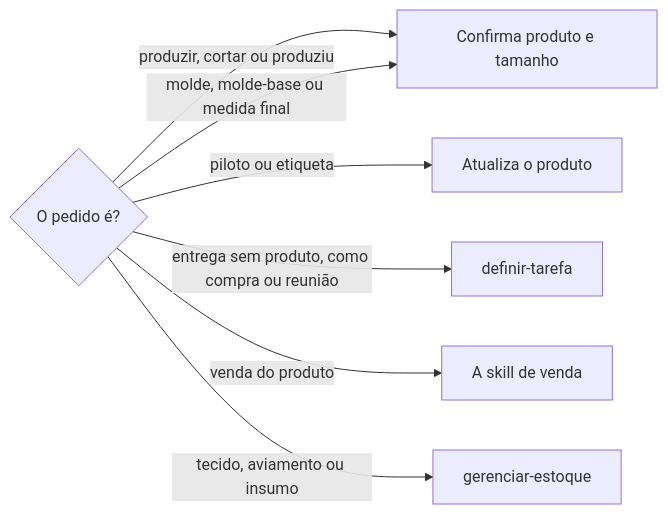
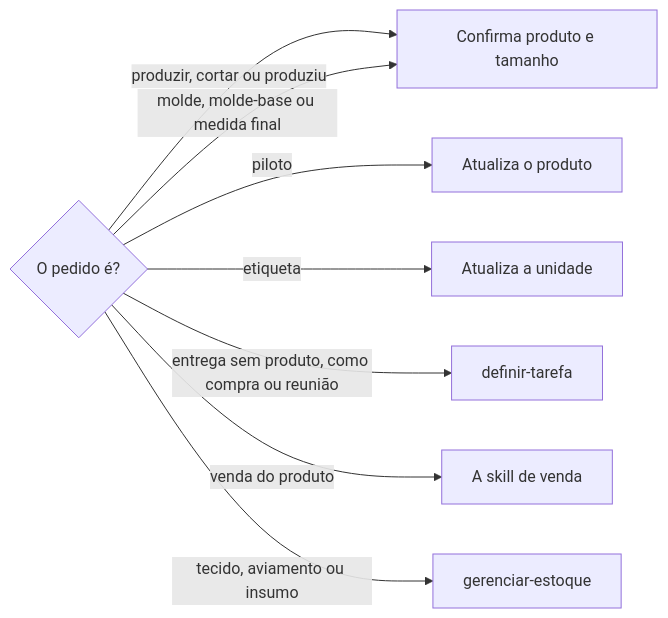
One commit to jimmyandrade/harness changed the first of 2 diagrams in .agents/skills/acompanhar-producao-de-produto/SKILL.md. Above: the diagram before and after it, drawn with Mermaid. The commit also changed other lines of this file and 1 other file, not shown here.

First line of the commit message:
feat(acompanhar-producao-de-produto): track labels per unit, with printed and sewn label types (#1082)

````diff
--- a/.agents/skills/acompanhar-producao-de-produto/SKILL.md
+++ b/.agents/skills/acompanhar-producao-de-produto/SKILL.md
@@ -54,9 +66,10 @@
 ```mermaid
 flowchart LR
   Q{O pedido é?} -->|produzir, cortar ou produziu| T[Confirma produto e tamanho]
   Q -->|molde, molde-base ou medida final| T
-  Q -->|piloto ou etiqueta| P[Atualiza o produto]
+  Q -->|piloto| P[Atualiza o produto]
+  Q -->|etiqueta| U[Atualiza a unidade]
   Q -->|entrega sem produto, como compra ou reunião| D[definir-tarefa]
   Q -->|venda do produto| V[A skill de venda]
   Q -->|tecido, aviamento ou insumo| E[gerenciar-estoque]
 ```
````
